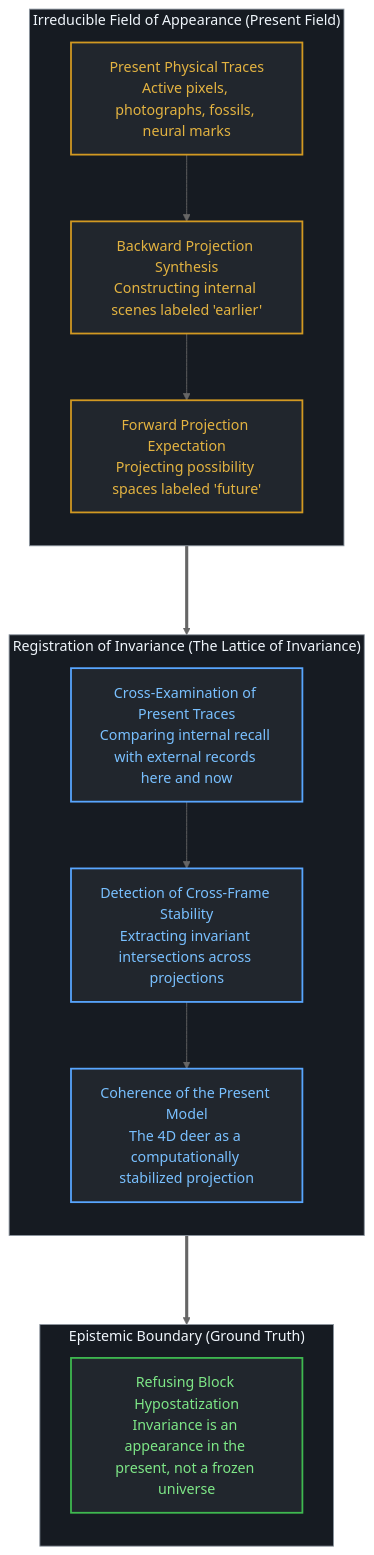
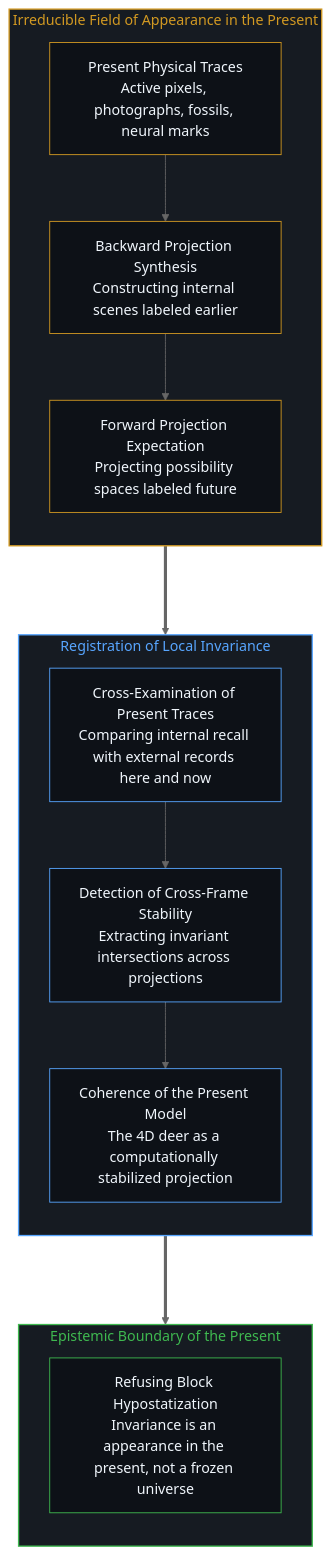
One commit to powerpig99/not-a-toe changed the fourth of 4 diagrams in content/posts/the-myth-of-the-four-dimensional-deer-and-the-present-model.md. Above: the diagram before and after it, drawn with Mermaid (neutral theme). The commit also changed other lines of this file and 17 other files, not shown here.

````diff
--- a/content/posts/the-myth-of-the-four-dimensional-deer-and-the-present-model.md
+++ b/content/posts/the-myth-of-the-four-dimensional-deer-and-the-present-model.md
@@ -164,34 +166,34 @@
 ```mermaid
-graph TD
-    classDef default fill:#0d1117,stroke:#30363d,stroke-width:1px,color:#c9d1d9;
-    classDef canvas fill:#161b22,stroke:#8b949e,stroke-width:1px,color:#f0f6fc;
-    classDef projNode fill:#21262d,stroke:#d29922,stroke-width:2px,color:#e3b341;
-    classDef invNode fill:#21262d,stroke:#58a6ff,stroke-width:2px,color:#79c0ff;
-    classDef coreNode fill:#21262d,stroke:#3fb950,stroke-width:2px,color:#7ee787;
-
-    subgraph PresentField ["Irreducible Field of Appearance (Present Field)"]
+flowchart TD
+    subgraph S_PresentField["Irreducible Field of Appearance in the Present"]
         direction TB
-        P1["Present Physical Traces<br/>Active pixels, photographs, fossils, neural marks"] --> P2["Backward Projection Synthesis<br/>Constructing internal scenes labeled 'earlier'"]
-        P2 --> P3["Forward Projection Expectation<br/>Projecting possibility spaces labeled 'future'"]
+        P1["Present Physical Traces<br/>Active pixels, photographs, fossils, neural marks"] --> P2["Backward Projection Synthesis<br/>Constructing internal scenes labeled earlier"]
+        P2 --> P3["Forward Projection Expectation<br/>Projecting possibility spaces labeled future"]
     end
 
-    PresentField ===> InvarianceEngine
+    S_PresentField ===> S_InvarianceEngine
 
-    subgraph InvarianceEngine ["Registration of Invariance (The Lattice of Invariance)"]
+    subgraph S_InvarianceEngine["Registration of Local Invariance"]
         direction TB
         I1["Cross-Examination of Present Traces<br/>Comparing internal recall with external records here and now"] --> I2["Detection of Cross-Frame Stability<br/>Extracting invariant intersections across projections"]
         I2 --> I3["Coherence of the Present Model<br/>The 4D deer as a computationally stabilized projection"]
     end
 
-    InvarianceEngine ===> GroundTruth
+    S_InvarianceEngine ===> S_GroundTruth
 
-    subgraph GroundTruth ["Epistemic Boundary (Ground Truth)"]
+    subgraph S_GroundTruth["Epistemic Boundary of the Present"]
         direction TB
         G1["Refusing Block Hypostatization<br/>Invariance is an appearance in the present, not a frozen universe"]
     end
 
-    class PresentField,InvarianceEngine,GroundTruth canvas;
-    class P1,P2,P3 projNode;
-    class I1,I2,I3 invNode;
-    class G1 coreNode;
+    style S_PresentField fill:#161b22,stroke:#d29922,stroke-width:1.5px,color:#d29922
+    style S_InvarianceEngine fill:#161b22,stroke:#58a6ff,stroke-width:1.5px,color:#58a6ff
+    style S_GroundTruth fill:#161b22,stroke:#3fb950,stroke-width:1.5px,color:#3fb950
+    style P1 fill:#0d1117,stroke:#d29922,stroke-width:1px,color:#f0f6fc
+    style P2 fill:#0d1117,stroke:#d29922,stroke-width:1px,color:#f0f6fc
+    style P3 fill:#0d1117,stroke:#d29922,stroke-width:1px,color:#f0f6fc
+    style I1 fill:#0d1117,stroke:#58a6ff,stroke-width:1px,color:#f0f6fc
+    style I2 fill:#0d1117,stroke:#58a6ff,stroke-width:1px,color:#f0f6fc
+    style I3 fill:#0d1117,stroke:#58a6ff,stroke-width:1px,color:#f0f6fc
+    style G1 fill:#0d1117,stroke:#3fb950,stroke-width:1px,color:#f0f6fc
 ```
````
